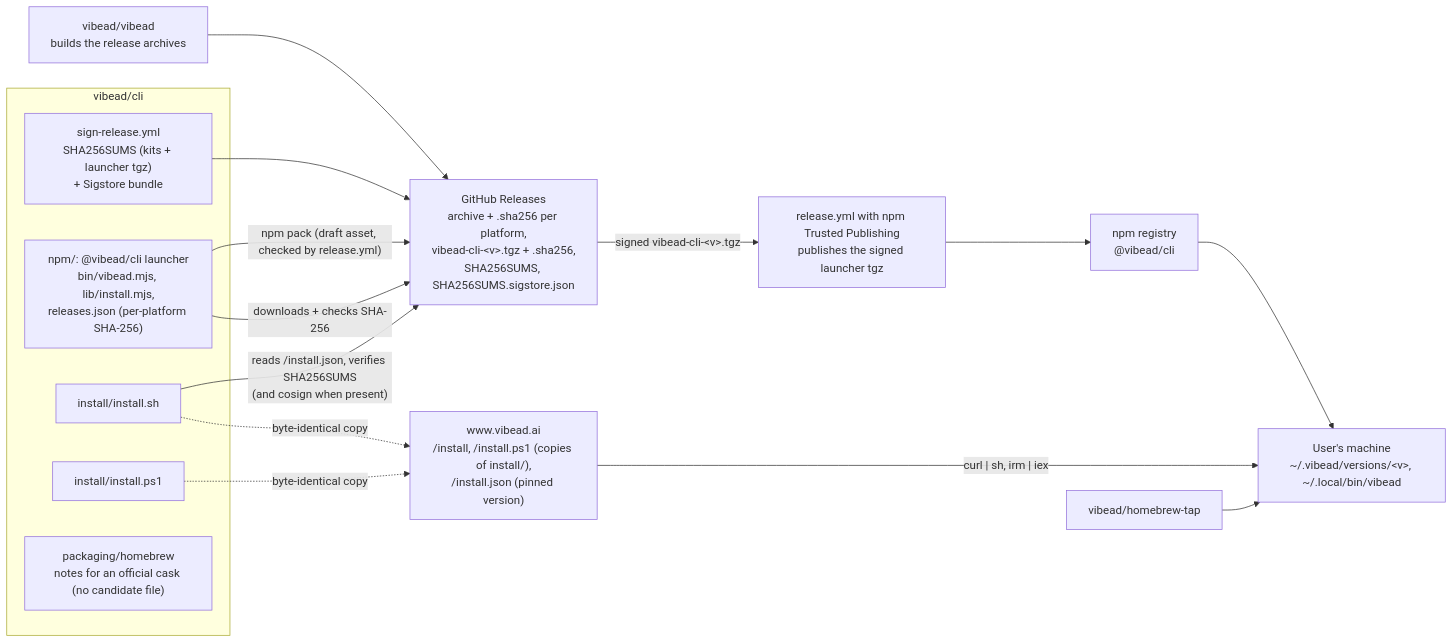
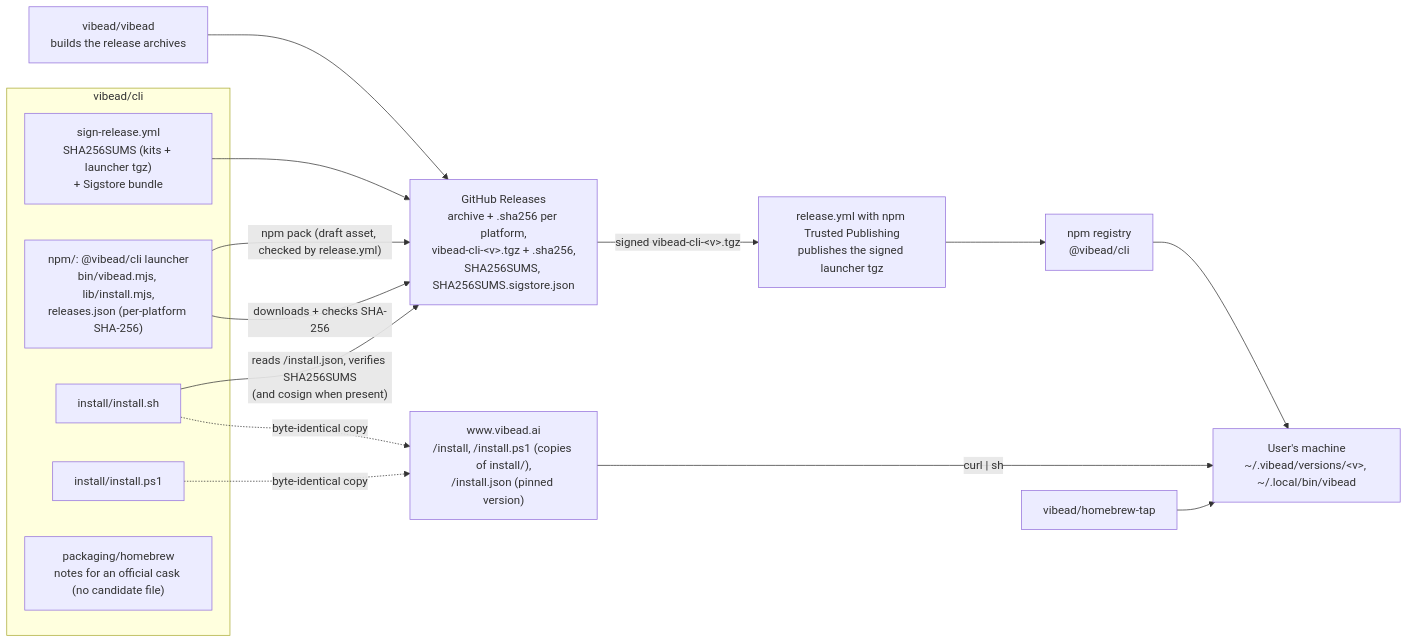
One commit to vibead/cli changed the first of 3 diagrams in docs/system-design/README.md. Above: the diagram before and after it, drawn with Mermaid. The commit also changed other lines of this file and 2 other files, not shown here.

Commit message:
W1 (RC3): drop 'irm | iex' from install/README.md:43 and the design doc; no-windows-pointer.test.mjs fails on any irm/iex/iwr/Invoke-*/.ps1 URL/winget/scoop/choco install in every README and every shipped file (npm pack, install.sh, guides), case-insensitive; install/install.ps1, the refusal script, is the one exemption by name (approved by Nina, delegated wording owner (Gaurav, Oct 29 2026), 02:29 AEDT Oct 30)

````diff
--- a/docs/system-design/README.md
+++ b/docs/system-design/README.md
@@ -19,31 +19,31 @@
 ```mermaid
 flowchart LR
   subgraph Repo["vibead/cli"]
     NPM["npm/: @vibead/cli launcher<br/>bin/vibead.mjs, lib/install.mjs,<br/>releases.json (per-platform SHA-256)"]
     SH["install/install.sh"]
     PS["install/install.ps1"]
     Sign["sign-release.yml<br/>SHA256SUMS (kits + launcher tgz)<br/>+ Sigstore bundle"]
     Cask["packaging/homebrew<br/>notes for an official cask (no candidate file)"]
   end
   Src["vibead/vibead<br/>builds the release archives"]
   Rel["GitHub Releases<br/>archive + .sha256 per platform,<br/>vibead-cli-&lt;v&gt;.tgz + .sha256,<br/>SHA256SUMS, SHA256SUMS.sigstore.json"]
   Reg["npm registry<br/>@vibead/cli"]
   Tap["vibead/homebrew-tap"]
   Site["www.vibead.ai<br/>/install, /install.ps1 (copies of install/),<br/>/install.json (pinned version)"]
   User["User's machine<br/>~/.vibead/versions/&lt;v&gt;, ~/.local/bin/vibead"]
   TP["release.yml with npm Trusted Publishing<br/>publishes the signed launcher tgz"]
 
   Src --> Rel
   Sign --> Rel
   NPM -- "npm pack (draft asset, checked by release.yml)" --> Rel
   Rel -- "signed vibead-cli-&lt;v&gt;.tgz" --> TP
   TP --> Reg
   Reg --> User
   NPM -- "downloads + checks SHA-256" --> Rel
-  Site -- "curl | sh, irm | iex" --> User
+  Site -- "curl | sh" --> User
   SH -. "byte-identical copy" .-> Site
   PS -. "byte-identical copy" .-> Site
   SH -- "reads /install.json, verifies SHA256SUMS<br/>(and cosign when present)" --> Rel
   Tap --> User
   classDef planned stroke-dasharray: 5 5,fill:#fafafa,color:#555
 ```
````
